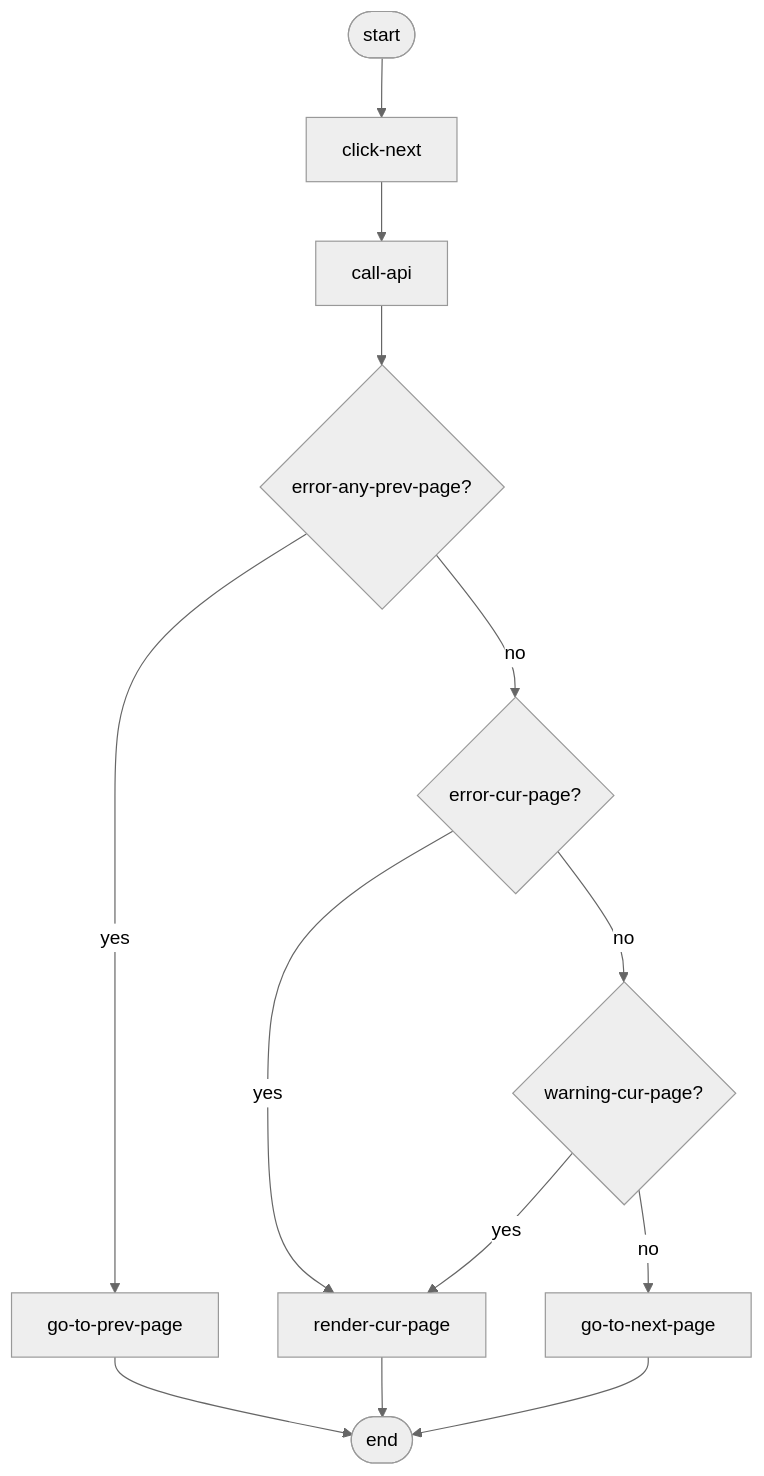
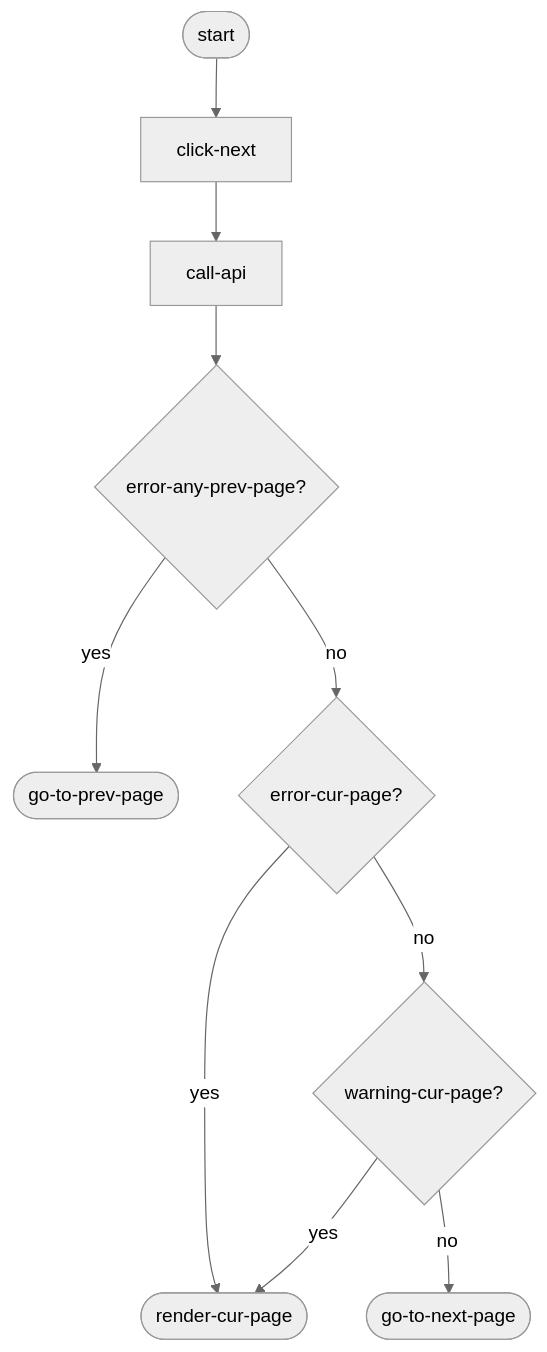
One commit to kiesraad/abacus changed the third of 4 diagrams in documentatie/flowcharts/date-entry-page.md. Above: the diagram before and after it, drawn with Mermaid (neutral theme). The commit also changed other lines of this file, not shown here.

````diff
--- a/documentatie/flowcharts/date-entry-page.md
+++ b/documentatie/flowcharts/date-entry-page.md
@@ -102,36 +112,31 @@
 ```mermaid
 flowchart TD
 
     %% elements
     flow-start([start])
-    flow-end([end])
+    go-to-prev-page([go-to-prev-page])
+    go-to-next-page([go-to-next-page])
+    render-cur-page([render-cur-page])
 
     click-next
     call-api
-    go-to-prev-page
-    go-to-next-page
-    render-cur-page
 
     error-any-prev-page{error-any-prev-page?}
     error-cur-page{error-cur-page?}
     warning-cur-page{warning-cur-page?}
 
     %% flow
     flow-start --> click-next
     click-next --> call-api
     call-api --> error-any-prev-page
     error-any-prev-page -- yes --> go-to-prev-page
-    go-to-prev-page --> flow-end
 
     error-any-prev-page -- no --> error-cur-page
 
     error-cur-page -- yes --> render-cur-page
     error-cur-page -- no --> warning-cur-page
 
     warning-cur-page -- yes --> render-cur-page
     warning-cur-page -- no --> go-to-next-page
-    
-    go-to-next-page --> flow-end
-    render-cur-page --> flow-end
 
 ```
````
